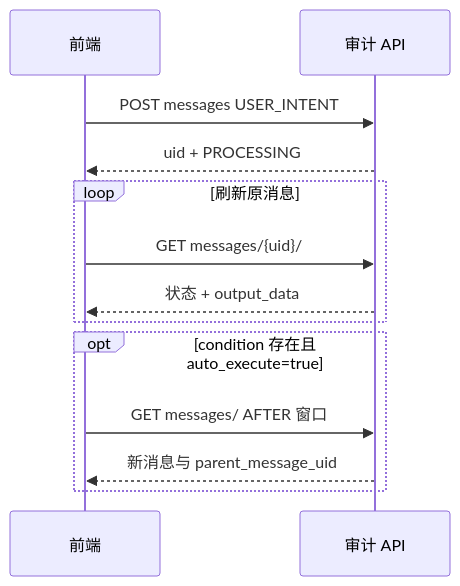
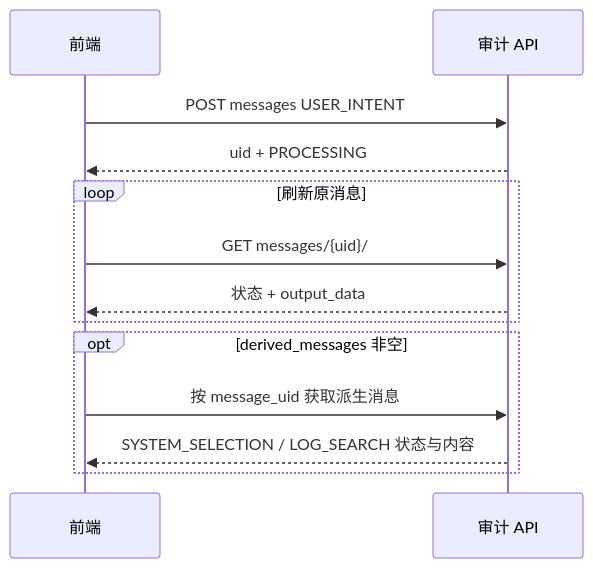
One commit to TencentBlueKing/bk-audit changed the third of 4 diagrams in src/backend/services/web/ai_assistant/docs/frontend_integration.md. Above: the diagram before and after it, drawn with Mermaid. The commit also changed other lines of this file and 39 other files, not shown here.

First line of the commit message:
feat: 重构AI助手通用多消息意图规划 --story=136903803

````diff
--- a/src/backend/services/web/ai_assistant/docs/frontend_integration.md
+++ b/src/backend/services/web/ai_assistant/docs/frontend_integration.md
@@ -184,15 +184,15 @@
 ```mermaid
 sequenceDiagram
     participant FE as 前端
     participant API as 审计 API
     FE->>API: POST messages USER_INTENT
     API-->>FE: uid + PROCESSING
     loop 刷新原消息
         FE->>API: GET messages/{uid}/
         API-->>FE: 状态 + output_data
     end
-    opt condition 存在且 auto_execute=true
-        FE->>API: GET messages/ AFTER 窗口
-        API-->>FE: 新消息与 parent_message_uid
+    opt derived_messages 非空
+        FE->>API: 按 message_uid 获取派生消息
+        API-->>FE: SYSTEM_SELECTION / LOG_SEARCH 状态与内容
     end
 ```
````
